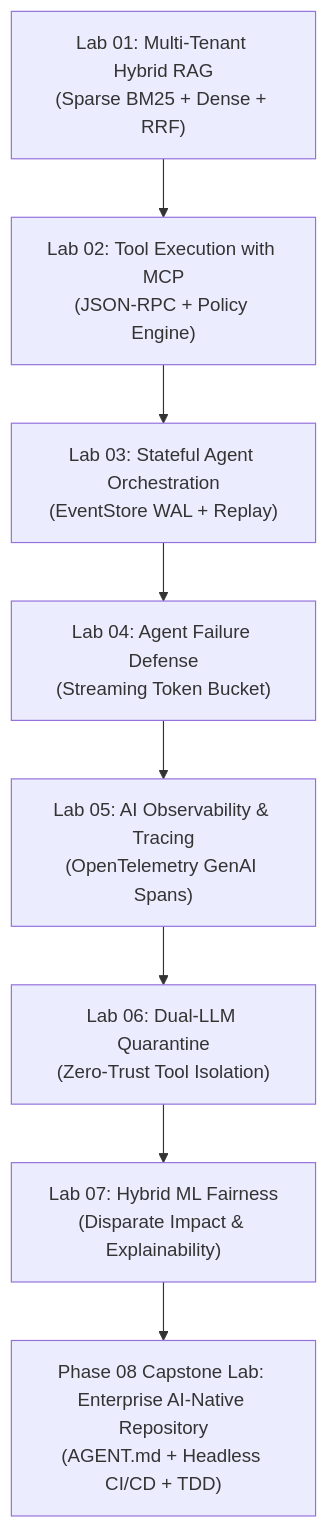
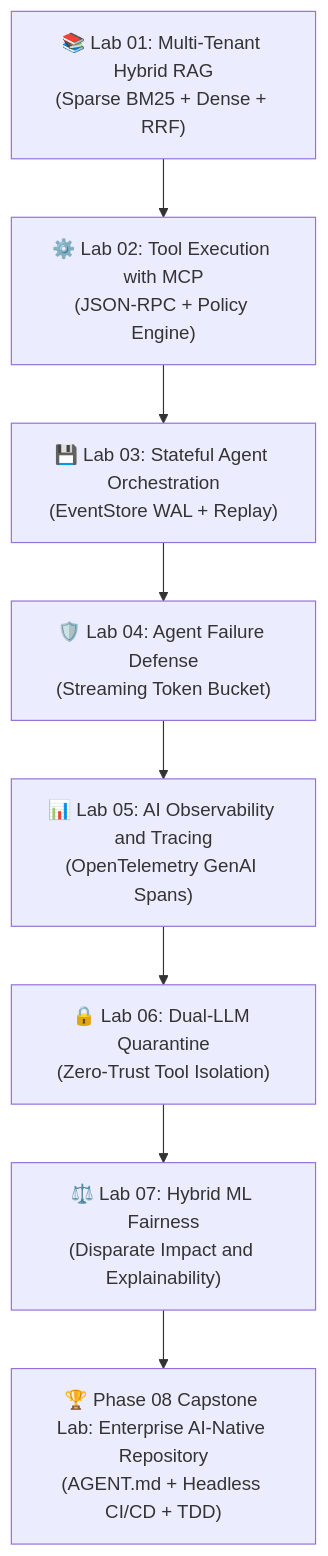
Before and after one commit to dip4k/senior-engineer-to-ai-engineer-roadmap: the diagram in LEARNING_WITH_AGENTS.md, drawn with Mermaid. The commit also changed 94 other files, not shown here.

Commit message:
refactor(curriculum): complete Phase 04 upgrade and enforce diagram renderer invariants

````diff
--- a/LEARNING_WITH_AGENTS.md
+++ b/LEARNING_WITH_AGENTS.md
@@ -72,10 +72,10 @@
 ```mermaid
 flowchart TD
-    L1["Lab 01: Multi-Tenant Hybrid RAG<br>(Sparse BM25 + Dense + RRF)"] --> L2["Lab 02: Tool Execution with MCP<br>(JSON-RPC + Policy Engine)"]
-    L2 --> L3["Lab 03: Stateful Agent Orchestration<br>(EventStore WAL + Replay)"]
-    L3 --> L4["Lab 04: Agent Failure Defense<br>(Streaming Token Bucket)"]
-    L4 --> L5["Lab 05: AI Observability & Tracing<br>(OpenTelemetry GenAI Spans)"]
-    L5 --> L6["Lab 06: Dual-LLM Quarantine<br>(Zero-Trust Tool Isolation)"]
-    L6 --> L7["Lab 07: Hybrid ML Fairness<br>(Disparate Impact & Explainability)"]
-    L7 --> CAP["Phase 08 Capstone Lab: Enterprise AI-Native Repository<br>(AGENT.md + Headless CI/CD + TDD)"]
+    L1["📚 Lab 01: Multi-Tenant Hybrid RAG<br>(Sparse BM25 + Dense + RRF)"] --> L2["⚙️ Lab 02: Tool Execution with MCP<br>(JSON-RPC + Policy Engine)"]
+    L2 --> L3["💾 Lab 03: Stateful Agent Orchestration<br>(EventStore WAL + Replay)"]
+    L3 --> L4["🛡️ Lab 04: Agent Failure Defense<br>(Streaming Token Bucket)"]
+    L4 --> L5["📊 Lab 05: AI Observability and Tracing<br>(OpenTelemetry GenAI Spans)"]
+    L5 --> L6["🔒 Lab 06: Dual-LLM Quarantine<br>(Zero-Trust Tool Isolation)"]
+    L6 --> L7["⚖️ Lab 07: Hybrid ML Fairness<br>(Disparate Impact and Explainability)"]
+    L7 --> CAP["🏆 Phase 08 Capstone Lab: Enterprise AI-Native Repository<br>(AGENT.md + Headless CI/CD + TDD)"]
 ```
````
